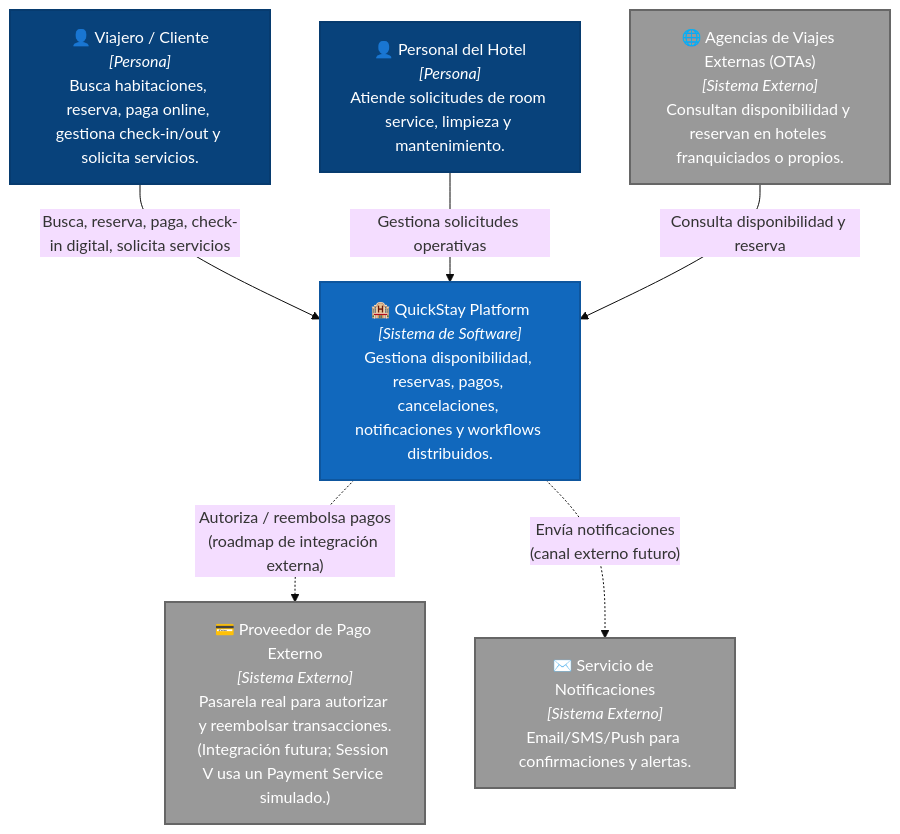
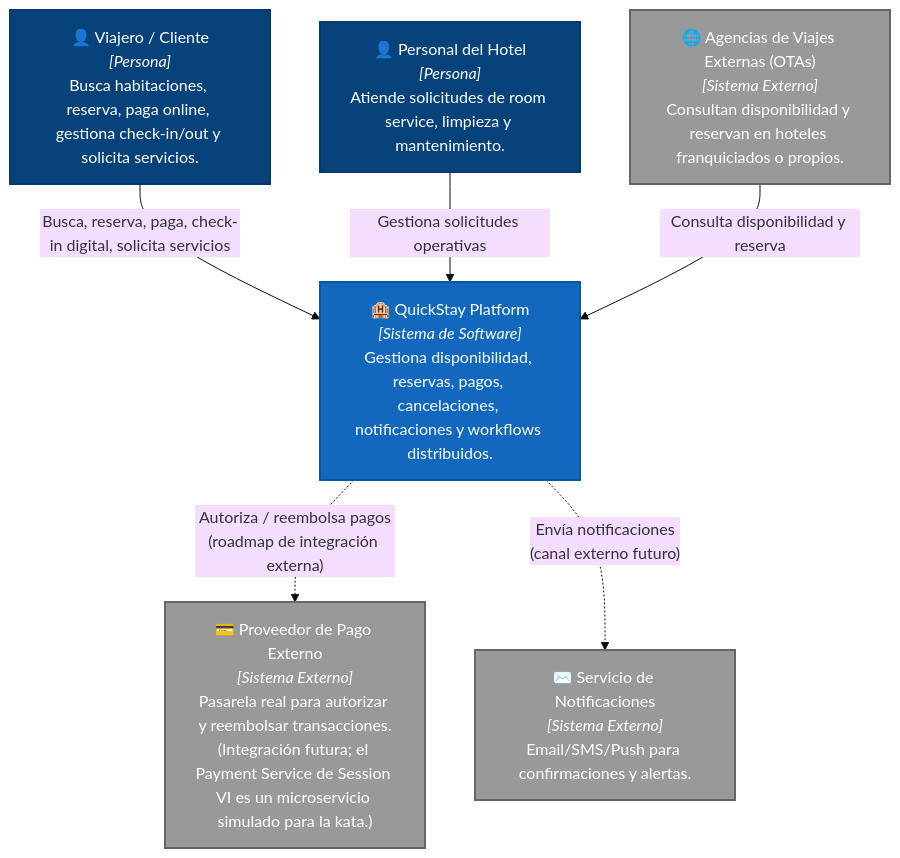
The first of 3 diagrams in README.md (robertoq17/quickstay-hotel), drawn with Mermaid (base theme) before and after one commit. The commit also changed other lines of this file and 184 other files, not shown here.

````diff
--- a/README.md
+++ b/README.md
@@ -206,25 +199,25 @@
 ```mermaid
 graph TD
     traveler["👤 Viajero / Cliente<br/><i>[Persona]</i><br/>Busca habitaciones, reserva, paga online, gestiona check-in/out y solicita servicios."]
     hotelStaff["👤 Personal del Hotel<br/><i>[Persona]</i><br/>Atiende solicitudes de room service, limpieza y mantenimiento."]
 
     quickstay["🏨 QuickStay Platform<br/><i>[Sistema de Software]</i><br/>Gestiona disponibilidad, reservas, pagos, cancelaciones, notificaciones y workflows distribuidos."]
 
     otas["🌐 Agencias de Viajes Externas (OTAs)<br/><i>[Sistema Externo]</i><br/>Consultan disponibilidad y reservan en hoteles franquiciados o propios."]
-    paymentSystem["💳 Proveedor de Pago Externo<br/><i>[Sistema Externo]</i><br/>Pasarela real para autorizar y reembolsar transacciones.<br/>(Integración futura; Session V usa un Payment Service simulado.)"]
+    paymentSystem["💳 Proveedor de Pago Externo<br/><i>[Sistema Externo]</i><br/>Pasarela real para autorizar y reembolsar transacciones.<br/>(Integración futura; el Payment Service de Session VI es un microservicio simulado para la kata.)"]
     notificationService["✉️ Servicio de Notificaciones<br/><i>[Sistema Externo]</i><br/>Email/SMS/Push para confirmaciones y alertas."]
 
     traveler -->|"Busca, reserva, paga, check-in digital, solicita servicios"| quickstay
     hotelStaff -->|"Gestiona solicitudes operativas"| quickstay
     otas -->|"Consulta disponibilidad y reserva"| quickstay
     quickstay -.->|"Autoriza / reembolsa pagos<br/>(roadmap de integración externa)"| paymentSystem
     quickstay -.->|"Envía notificaciones<br/>(canal externo futuro)"| notificationService
 
     classDef person fill:#08427b,color:#fff,stroke:#073b6f,stroke-width:2px;
     classDef system fill:#1168bd,color:#fff,stroke:#0e569e,stroke-width:2px;
     classDef external fill:#999999,color:#fff,stroke:#666666,stroke-width:2px;
 
     class traveler,hotelStaff person;
     class quickstay system;
     class otas,paymentSystem,notificationService external;
 ```
````
